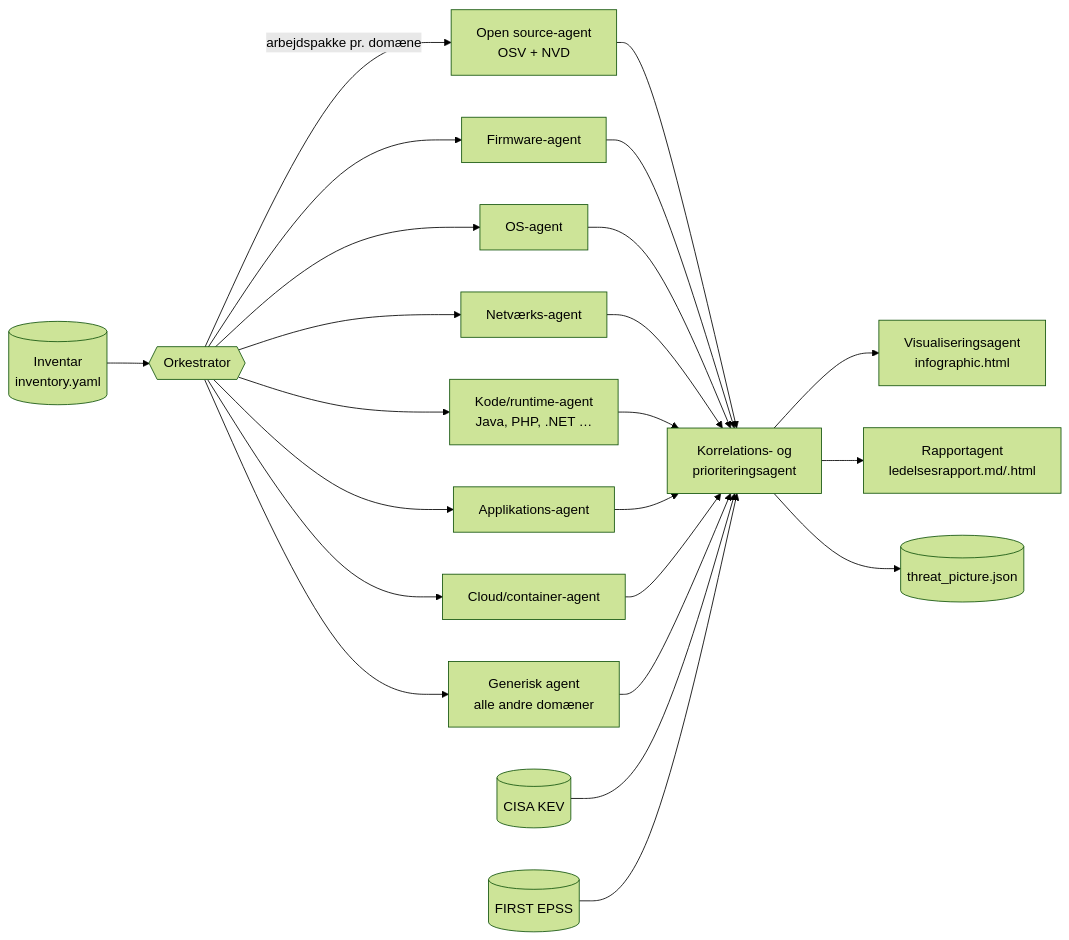
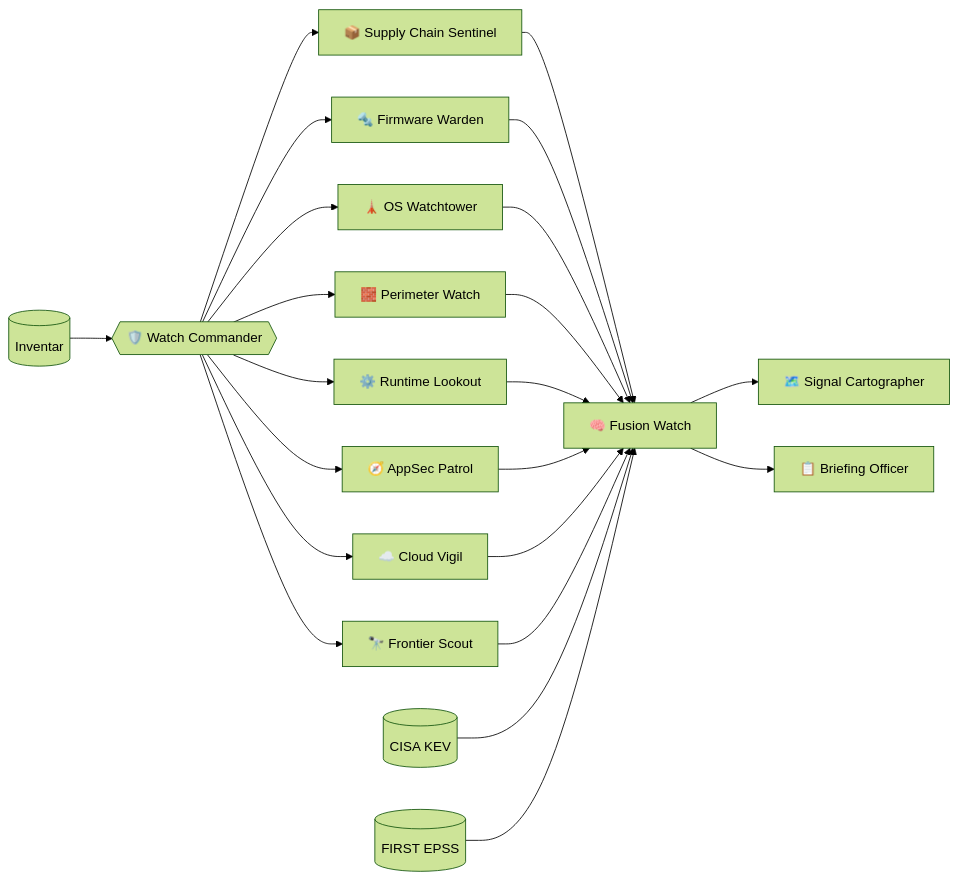
One commit to jpmorten/hello_world changed the diagram in cve-agents/README.md. Above: the diagram before and after it, drawn with Mermaid (forest theme). The commit also changed other lines of this file and 24 other files, not shown here.

First line of the commit message:
Add CVE Watch web console, agent codenames and PDF management report

````diff
--- a/cve-agents/README.md
+++ b/cve-agents/README.md
@@ -7,18 +26,9 @@
 ```mermaid
 flowchart LR
-    INV[(Inventar<br/>inventory.yaml)] --> ORCH{{Orkestrator}}
-    ORCH -->|arbejdspakke pr. domæne| OS[Open source-agent<br/>OSV + NVD]
-    ORCH --> FW[Firmware-agent]
-    ORCH --> SYS[OS-agent]
-    ORCH --> NET[Netværks-agent]
-    ORCH --> RT[Kode/runtime-agent<br/>Java, PHP, .NET …]
-    ORCH --> APP[Applikations-agent]
-    ORCH --> CLD[Cloud/container-agent]
-    ORCH --> GEN[Generisk agent<br/>alle andre domæner]
-    OS & FW & SYS & NET & RT & APP & CLD & GEN --> COR[Korrelations- og<br/>prioriteringsagent]
-    KEV[(CISA KEV)] --> COR
-    EPSS[(FIRST EPSS)] --> COR
-    COR --> VIS[Visualiseringsagent<br/>infographic.html]
-    COR --> REP[Rapportagent<br/>ledelsesrapport.md/.html]
-    COR --> JSON[(threat_picture.json)]
+    INV[(Inventar)] --> WC{{🛡️ Watch Commander}}
+    WC --> SCS[📦 Supply Chain Sentinel] & FW[🔩 Firmware Warden] & OSW[🗼 OS Watchtower] & PW[🧱 Perimeter Watch]
+    WC --> RL[⚙️ Runtime Lookout] & ASP[🧭 AppSec Patrol] & CV[☁️ Cloud Vigil] & FS[🔭 Frontier Scout]
+    SCS & FW & OSW & PW & RL & ASP & CV & FS --> FUS[🧠 Fusion Watch]
+    KEV[(CISA KEV)] & EPSS[(FIRST EPSS)] --> FUS
+    FUS --> SC[🗺️ Signal Cartographer] & BO[📋 Briefing Officer]
 ```
````
